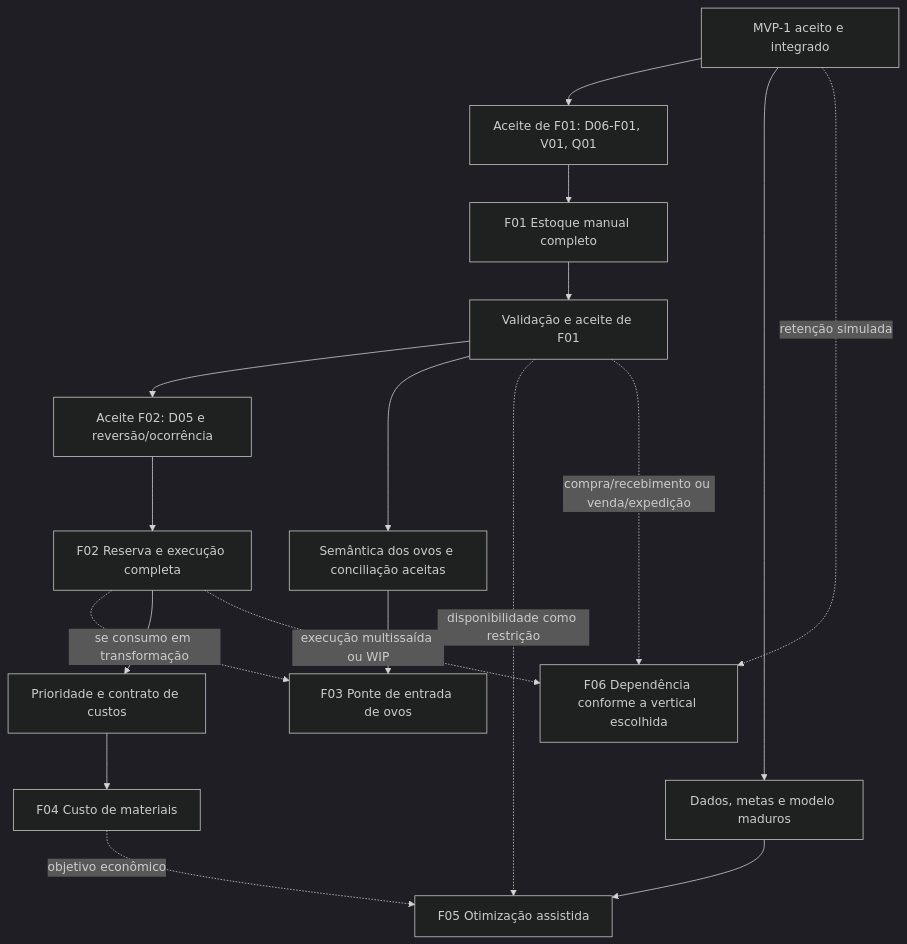
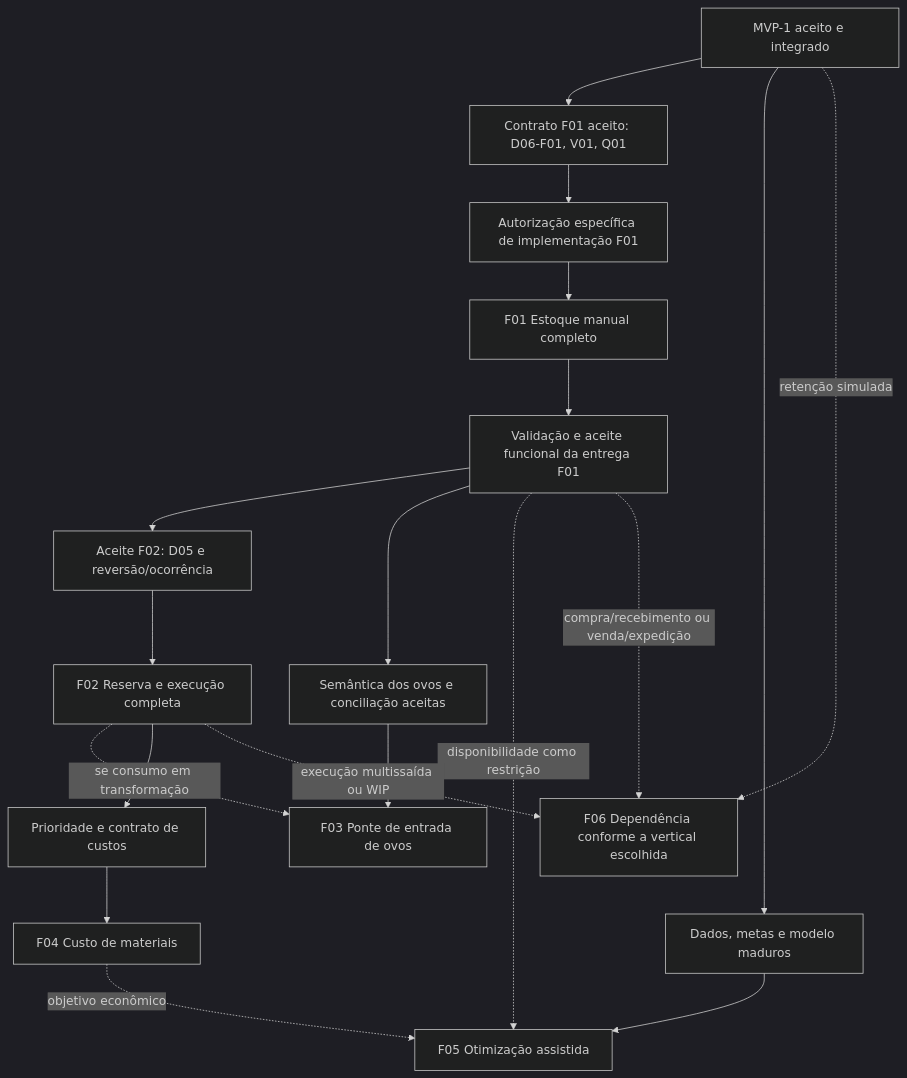
Before and after one commit to MarcosRCEng/GenSW: the diagram in docs/superpowers/plans/2026-10-07-continuidade-f01-f06-430-implementation.md, drawn with Mermaid (dark theme). The commit also changed other lines of this file and 2 other files, not shown here.

Commit message:
docs: registrar aceite do contrato F01 refs #433

````diff
--- a/docs/superpowers/plans/2026-10-07-continuidade-f01-f06-430-implementation.md
+++ b/docs/superpowers/plans/2026-10-07-continuidade-f01-f06-430-implementation.md
@@ -9,20 +11,21 @@
 ```mermaid
 flowchart TD
-  M[MVP-1 aceito e integrado] --> A[Aceite de F01: D06-F01, V01, Q01]
-  A --> F1[F01 Estoque manual completo]
-  F1 --> G1[Validação e aceite de F01]
+  M[MVP-1 aceito e integrado] --> A[Contrato F01 aceito: D06-F01, V01, Q01]
+  A --> E[Autorização específica de implementação F01]
+  E --> F1[F01 Estoque manual completo]
+  F1 --> G1[Validação e aceite funcional da entrega F01]
   G1 --> A2[Aceite F02: D05 e reversão/ocorrência]
   A2 --> F2[F02 Reserva e execução completa]
   G1 --> O[Semântica dos ovos e conciliação aceitas]
   O --> F3[F03 Ponte de entrada de ovos]
   F2 -. se consumo em transformação .-> F3
   F2 --> C[Prioridade e contrato de custos]
   C --> F4[F04 Custo de materiais]
   M --> D[Dados, metas e modelo maduros]
   D --> F5[F05 Otimização assistida]
   F4 -. objetivo econômico .-> F5
   G1 -. disponibilidade como restrição .-> F5
   M -. retenção simulada .-> H[F06 Dependência conforme a vertical escolhida]
   G1 -. compra/recebimento ou venda/expedição .-> H
   F2 -. execução multissaída ou WIP .-> H
 ```
````
